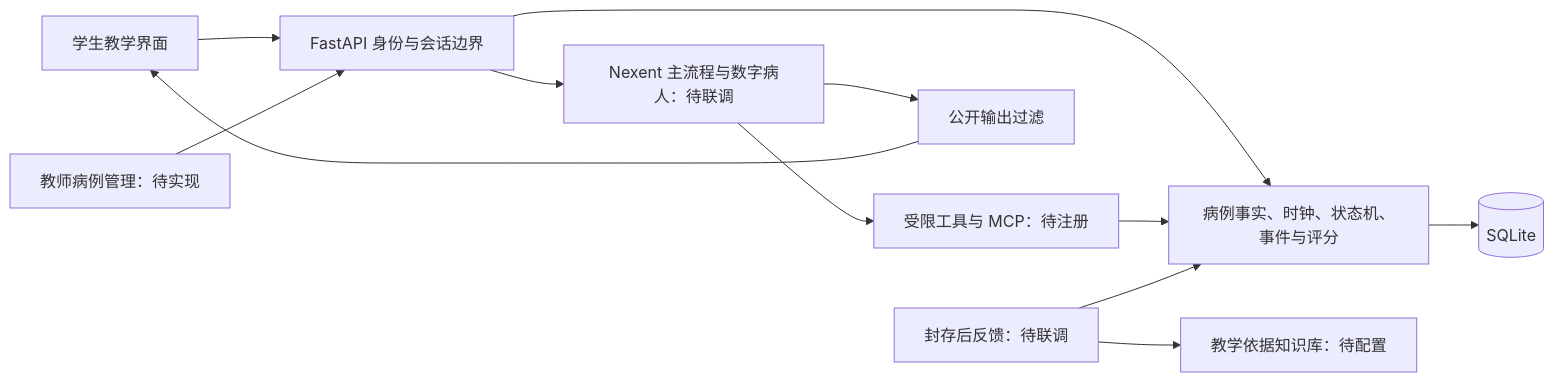
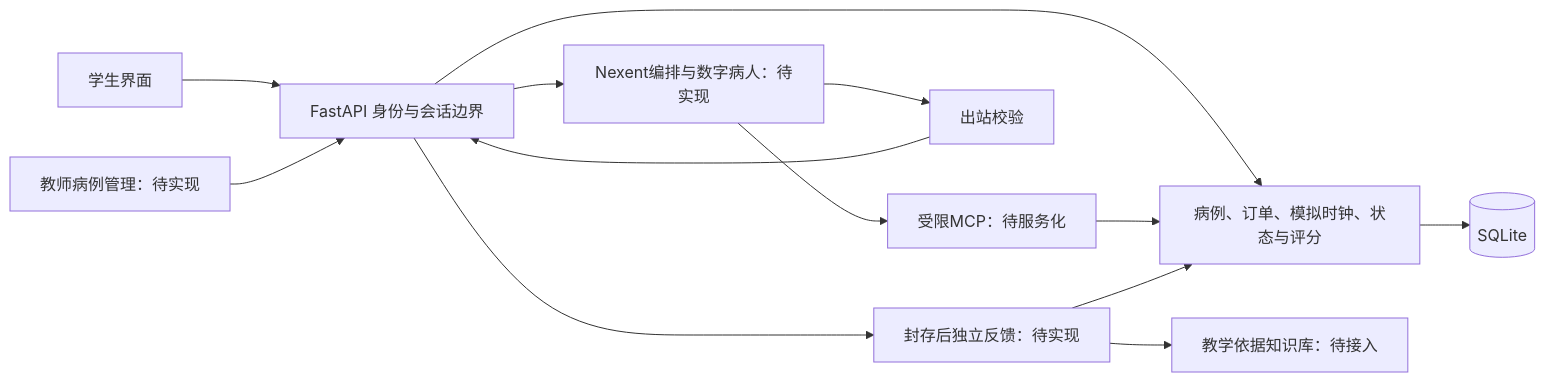
One commit to kechanghao666/ai-digital-patient-clinical-reasoning-training changed the diagram in docs/technical-plan.md. Above: the diagram before and after it, drawn with Mermaid. The commit also changed other lines of this file and 17 other files, not shown here.

````diff
--- a/docs/technical-plan.md
+++ b/docs/technical-plan.md
@@ -5,14 +11,15 @@
 ```mermaid
 flowchart LR
-  Student[学生教学界面] --> API[FastAPI 身份与会话边界]
+  Student[学生界面] --> API[FastAPI 身份与会话边界]
   Teacher[教师病例管理：待实现] --> API
-  API --> Core[病例事实、时钟、状态机、事件与评分]
+  API --> Core[病例、订单、模拟时钟、状态与评分]
   Core --> DB[(SQLite)]
-  API --> Nexent[Nexent 主流程与数字病人：待联调]
-  Nexent --> Tools[受限工具与 MCP：待注册]
-  Tools --> Core
-  Nexent --> Filter[公开输出过滤]
-  Filter --> Student
-  Feedback[封存后反馈：待联调] --> Knowledge[教学依据知识库：待配置]
+  API --> Nexent[Nexent编排与数字病人：待实现]
+  Nexent --> MCP[受限MCP：待服务化]
+  MCP --> Core
+  Nexent --> Gate[出站校验]
+  Gate --> API
+  API --> Feedback[封存后独立反馈：待实现]
+  Feedback --> Knowledge[教学依据知识库：待接入]
   Feedback --> Core
 ```
````
